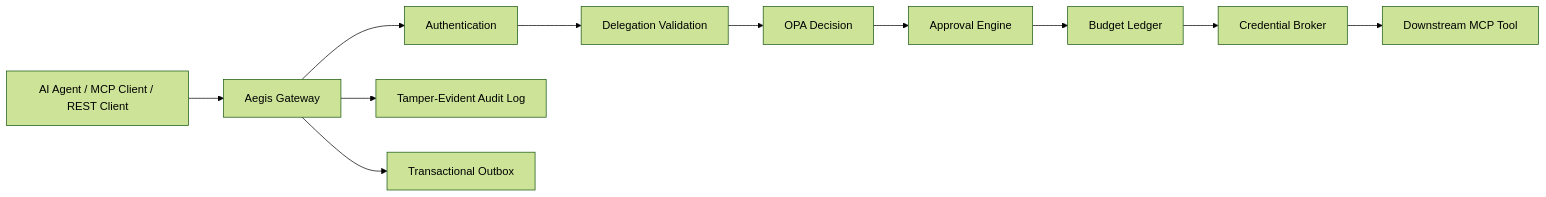
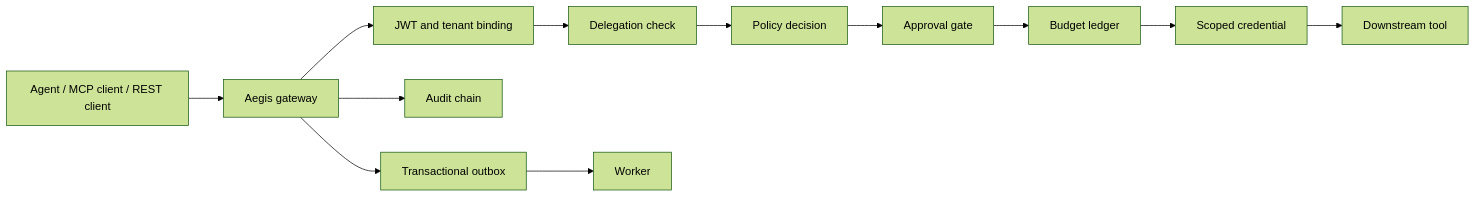
The diagram in README.md (shivams786/Aegis), drawn with Mermaid (forest theme) before and after one commit. The commit also changed other lines of this file and 18 other files, not shown here.

````diff
--- a/README.md
+++ b/README.md
@@ -7,13 +9,14 @@
 ```mermaid
 flowchart LR
-  client["AI Agent / MCP Client / REST Client"] --> gateway["Aegis Gateway"]
-  gateway --> authn["Authentication"]
-  authn --> delegation["Delegation Validation"]
-  delegation --> policy["OPA Decision"]
-  policy --> approval["Approval Engine"]
-  approval --> budget["Budget Ledger"]
-  budget --> creds["Credential Broker"]
-  creds --> tool["Downstream MCP Tool"]
-  gateway --> audit["Tamper-Evident Audit Log"]
-  gateway --> outbox["Transactional Outbox"]
+  client["Agent / MCP client / REST client"] --> gateway["Aegis gateway"]
+  gateway --> authn["JWT and tenant binding"]
+  authn --> delegation["Delegation check"]
+  delegation --> policy["Policy decision"]
+  policy --> approval["Approval gate"]
+  approval --> budget["Budget ledger"]
+  budget --> creds["Scoped credential"]
+  creds --> tool["Downstream tool"]
+  gateway --> audit["Audit chain"]
+  gateway --> outbox["Transactional outbox"]
+  outbox --> worker["Worker"]
 ```
````
